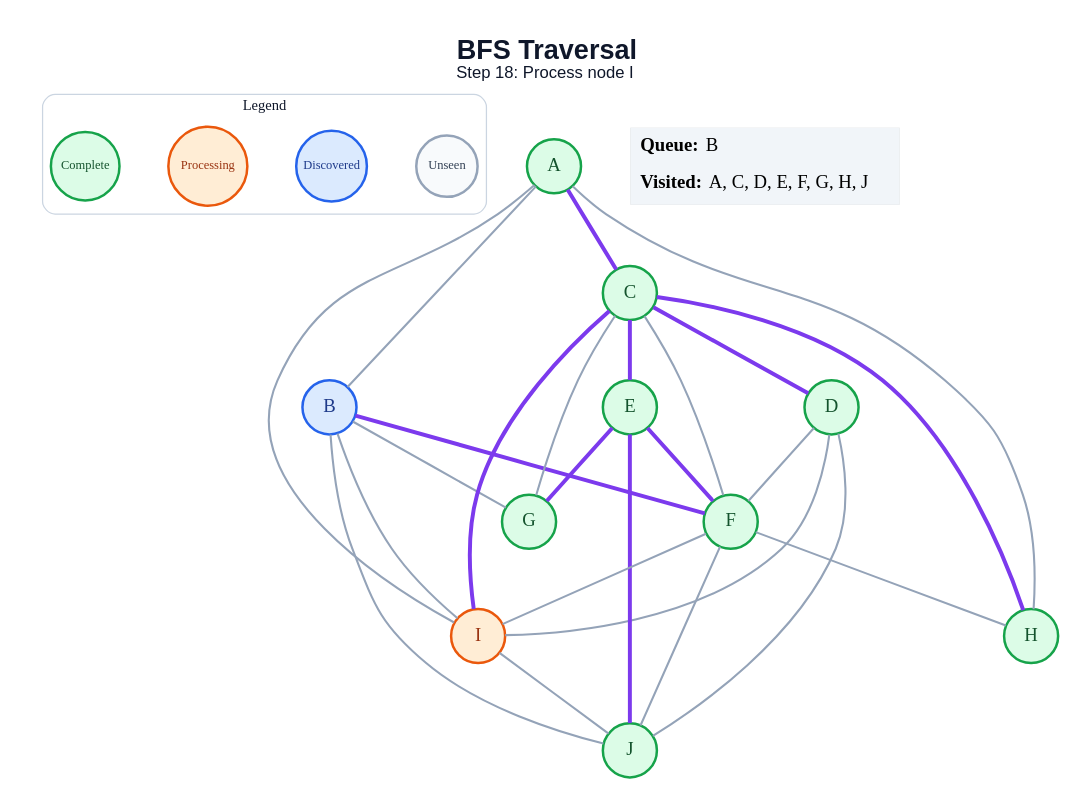
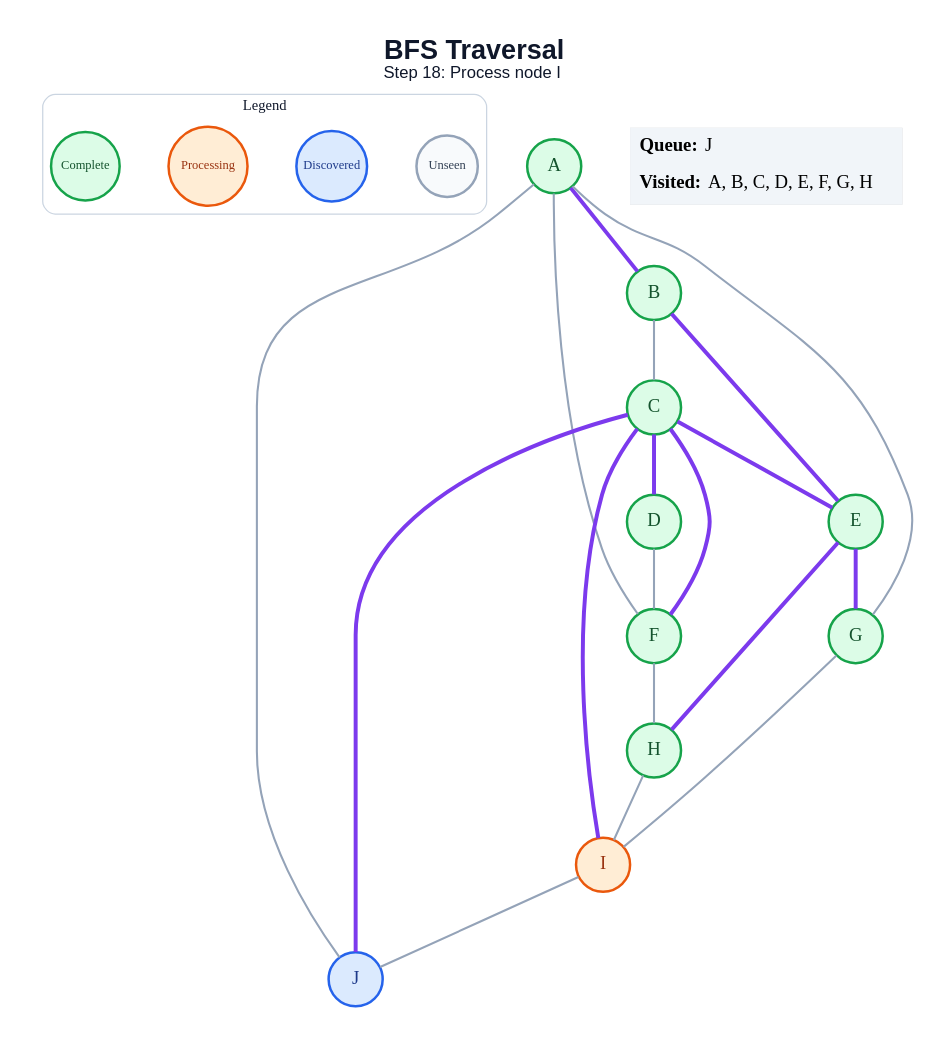
The diagram in generated/specific-node/bfs/step_18.dot (amanghodawala9/ai-slop), drawn with Graphviz before and after one commit. The commit also changed 178 other files, not shown here.

```diff
--- a/generated/specific-node/bfs/step_18.dot
+++ b/generated/specific-node/bfs/step_18.dot
@@ -1,53 +1,47 @@
 graph traversal {
   graph [layout=dot, rankdir=TB, bgcolor="#FFFFFF", pad="0.35", nodesep="0.65", ranksep="0.8", fontname="Arial"];
   node [shape=circle, style="filled", fontname="Arial Bold", fontsize=18, width=0.72, fixedsize=true, penwidth=2.4];
   edge [color="#94A3B8", penwidth=2.0];
   label=<<B>BFS Traversal</B><BR/><FONT POINT-SIZE="16">Step 18: Process node I</FONT>>; labelloc="t"; fontsize=26; fontname="Arial"; fontcolor="#0F172A";
   subgraph cluster_legend { label="Legend"; color="#CBD5E1"; penwidth=1.2; style="rounded"; fontsize=14; fontname="Arial Bold";
     key_unseen [label="Unseen", fillcolor="#F8FAFC", color="#94A3B8", fontcolor="#334155", fontsize=12, width=0.82];
     key_frontier [label="Discovered", fillcolor="#DBEAFE", color="#2563EB", fontcolor="#1E3A8A", fontsize=12, width=0.95];
     key_current [label="Processing", fillcolor="#FFEDD5", color="#EA580C", fontcolor="#9A3412", fontsize=12, width=1.05];
     key_done [label="Complete", fillcolor="#DCFCE7", color="#16A34A", fontcolor="#14532D", fontsize=12, width=0.92];
     { rank=same; key_unseen; key_frontier; key_current; key_done; }
   }
   A [fillcolor="#DCFCE7", color="#16A34A", fontcolor="#14532D"];
-  B [fillcolor="#DBEAFE", color="#2563EB", fontcolor="#1E3A8A"];
+  B [fillcolor="#DCFCE7", color="#16A34A", fontcolor="#14532D"];
   C [fillcolor="#DCFCE7", color="#16A34A", fontcolor="#14532D"];
   D [fillcolor="#DCFCE7", color="#16A34A", fontcolor="#14532D"];
   E [fillcolor="#DCFCE7", color="#16A34A", fontcolor="#14532D"];
   F [fillcolor="#DCFCE7", color="#16A34A", fontcolor="#14532D"];
   G [fillcolor="#DCFCE7", color="#16A34A", fontcolor="#14532D"];
   H [fillcolor="#DCFCE7", color="#16A34A", fontcolor="#14532D"];
   I [fillcolor="#FFEDD5", color="#EA580C", fontcolor="#9A3412"];
-  J [fillcolor="#DCFCE7", color="#16A34A", fontcolor="#14532D"];
-  A -- B;
-  A -- C [color="#7C3AED", penwidth=3.8];
-  A -- H;
-  A -- I;
-  B -- F [color="#7C3AED", penwidth=3.8];
-  B -- G;
-  B -- I;
-  B -- J;
+  J [fillcolor="#DBEAFE", color="#2563EB", fontcolor="#1E3A8A"];
+  A -- B [color="#7C3AED", penwidth=3.8];
+  A -- F;
+  A -- G;
+  A -- J;
+  B -- C;
+  B -- E [color="#7C3AED", penwidth=3.8];
   C -- D [color="#7C3AED", penwidth=3.8];
   C -- E [color="#7C3AED", penwidth=3.8];
-  C -- F;
-  C -- G;
-  C -- H [color="#7C3AED", penwidth=3.8];
+  C -- F [color="#7C3AED", penwidth=3.8];
   C -- I [color="#7C3AED", penwidth=3.8];
+  C -- J [color="#7C3AED", penwidth=3.8];
   D -- F;
-  D -- I;
-  D -- J;
-  E -- F [color="#7C3AED", penwidth=3.8];
   E -- G [color="#7C3AED", penwidth=3.8];
-  E -- J [color="#7C3AED", penwidth=3.8];
+  E -- H [color="#7C3AED", penwidth=3.8];
   F -- H;
-  F -- I;
-  F -- J;
+  G -- I;
+  H -- I;
   I -- J;
   status [shape=plain, fixedsize=false, width=0, height=0, margin=0, label=<
     <TABLE BORDER="0" CELLBORDER="0" CELLPADDING="7" BGCOLOR="#F1F5F9">
-      <TR><TD ALIGN="LEFT"><B>Queue:</B> B</TD></TR>
-      <TR><TD ALIGN="LEFT"><B>Visited:</B> A, C, D, E, F, G, H, J</TD></TR>
+      <TR><TD ALIGN="LEFT"><B>Queue:</B> J</TD></TR>
+      <TR><TD ALIGN="LEFT"><B>Visited:</B> A, B, C, D, E, F, G, H</TD></TR>
     </TABLE>
   >];
 }
```
